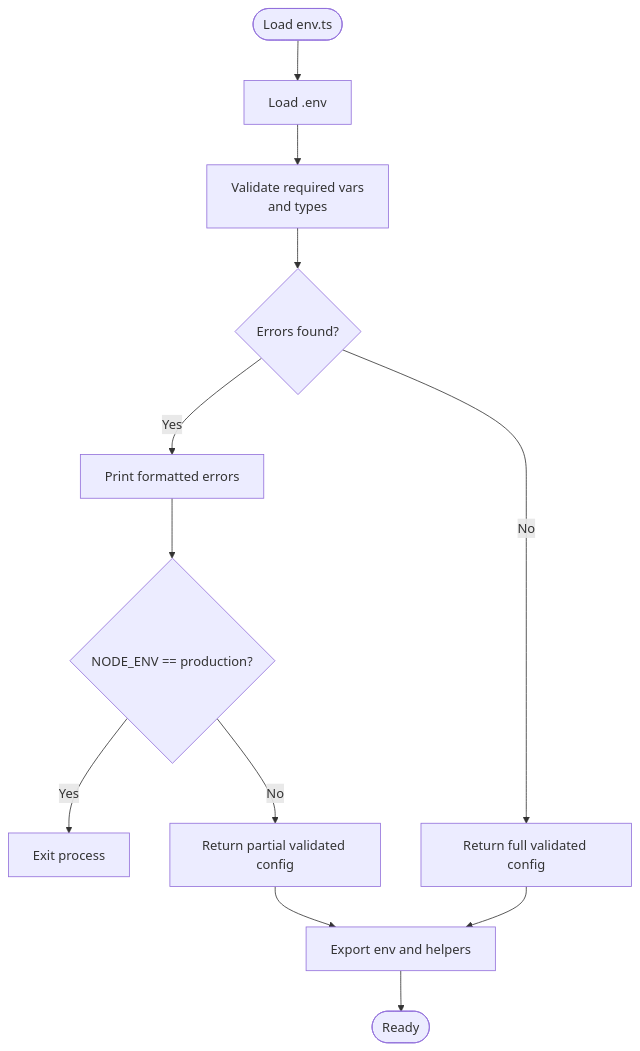
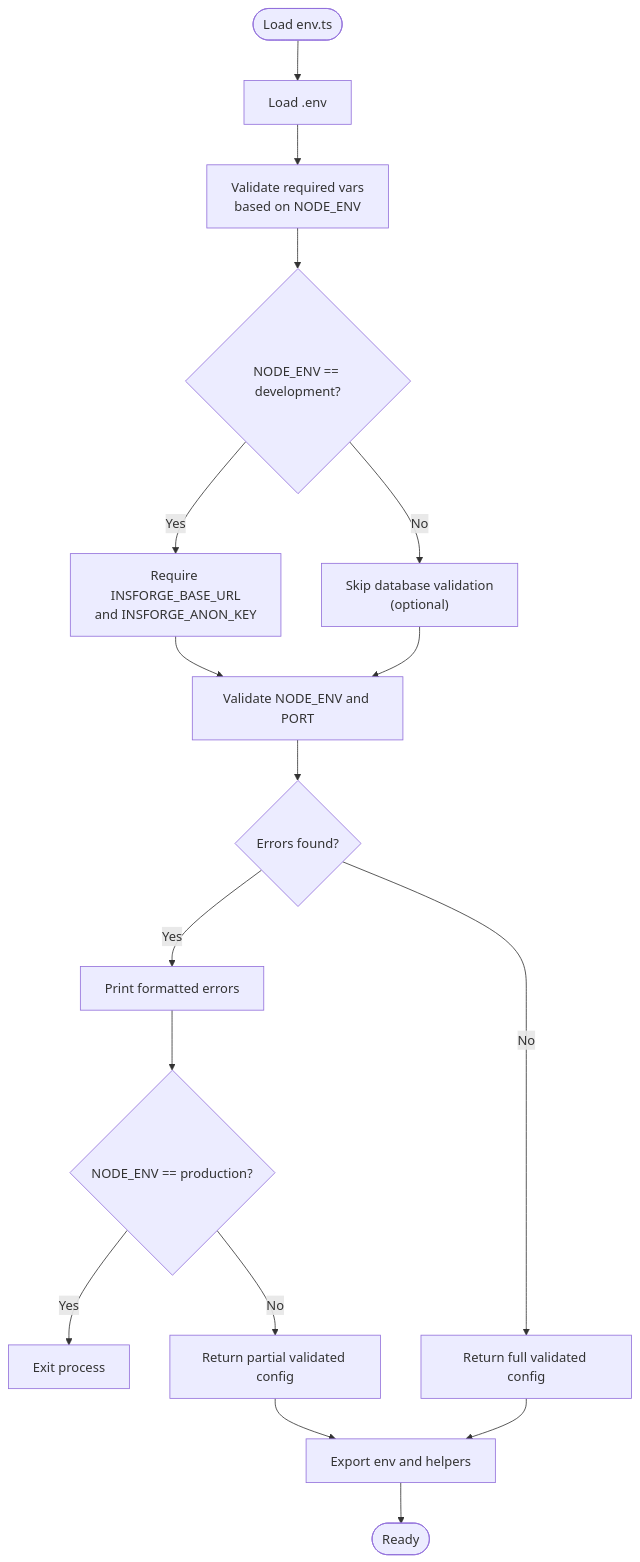
One commit to vishnusaibhosekar/ares changed the third of 7 diagrams in .qoder/repowiki/en/content/Configuration & Environment.md. Above: the diagram before and after it, drawn with Mermaid. The commit also changed other lines of this file and 10 other files, not shown here.

````diff
--- a/.qoder/repowiki/en/content/Configuration & Environment.md
+++ b/.qoder/repowiki/en/content/Configuration & Environment.md
@@ -163,14 +184,19 @@
 ```mermaid
 flowchart TD
 Start(["Load env.ts"]) --> Dotenv["Load .env"]
-Dotenv --> Validate["Validate required vars<br/>and types"]
-Validate --> Errors{"Errors found?"}
+Dotenv --> Validate["Validate required vars<br/>based on NODE_ENV"]
+Validate --> CheckEnv{"NODE_ENV == development?"}
+CheckEnv --> |Yes| RequireDB["Require INSFORGE_BASE_URL<br/>and INSFORGE_ANON_KEY"]
+CheckEnv --> |No| SkipDB["Skip database validation<br/>(optional)"]
+RequireDB --> ValidateEnv["Validate NODE_ENV and PORT"]
+SkipDB --> ValidateEnv
+ValidateEnv --> Errors{"Errors found?"}
 Errors --> |Yes| Print["Print formatted errors"]
 Print --> ExitProd{"NODE_ENV == production?"}
 ExitProd --> |Yes| Fatal["Exit process"]
 ExitProd --> |No| ReturnPartial["Return partial validated config"]
 Errors --> |No| ReturnFull["Return full validated config"]
 ReturnPartial --> Export["Export env and helpers"]
 ReturnFull --> Export
 Export --> End(["Ready"])
 ```
````
